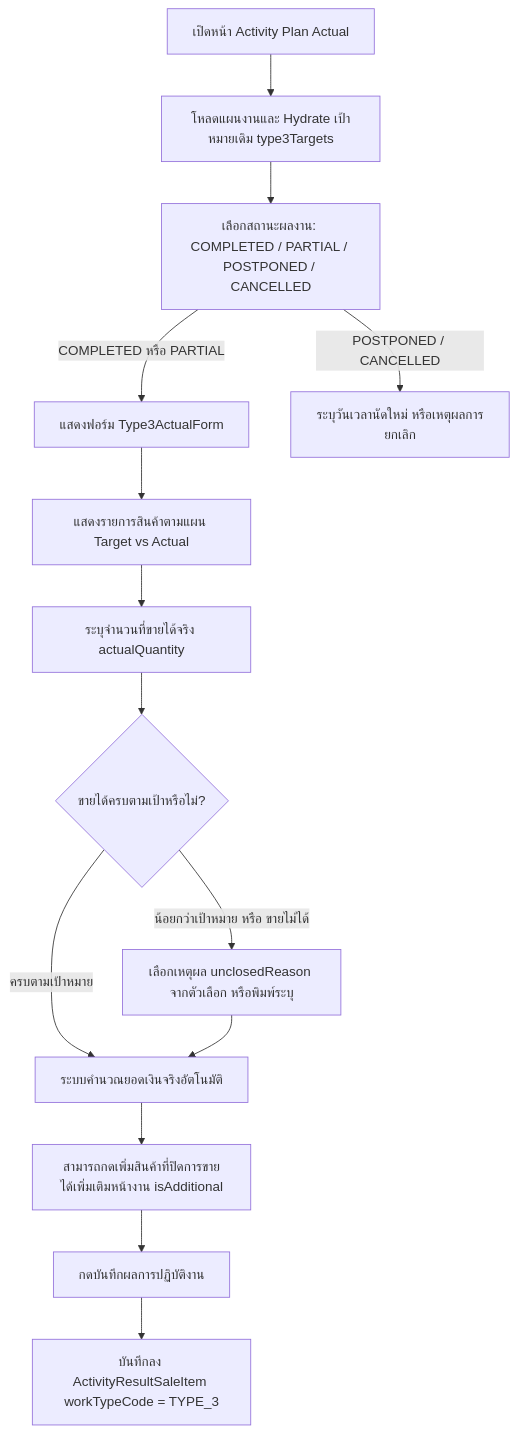
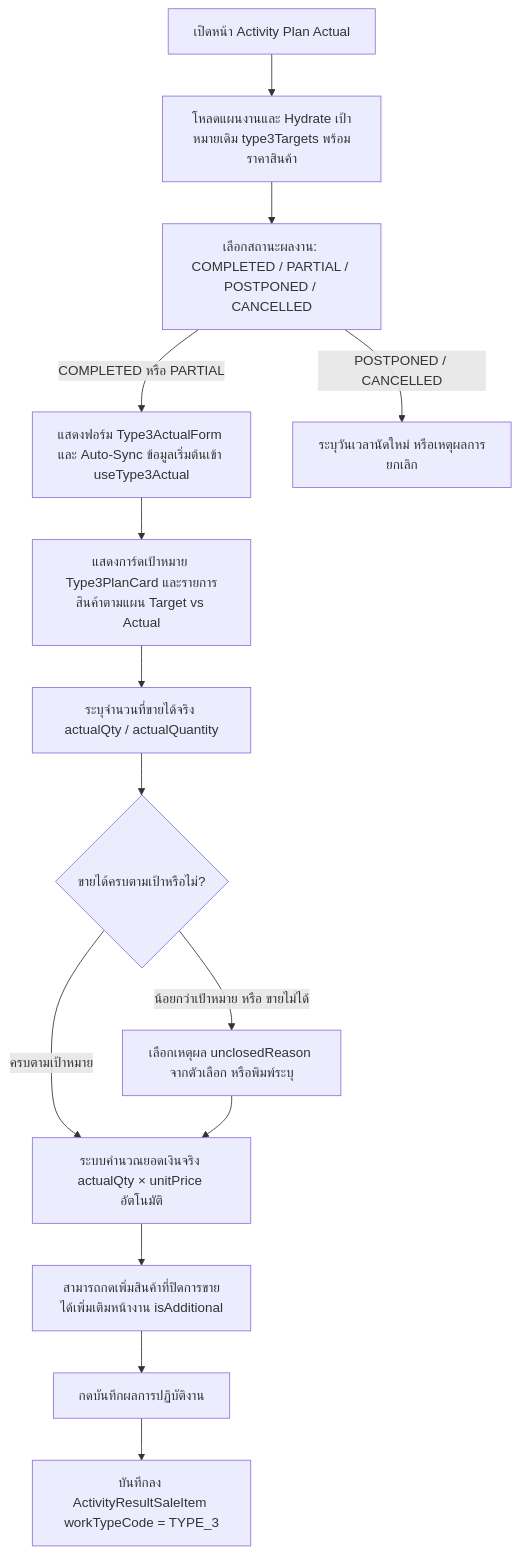
Before and after one commit to bankhk10/crm-bank: the second of 3 diagrams in modules/activity/features/type-3/README.md, drawn with Mermaid. The commit also changed other lines of this file and 5 other files, not shown here.

````diff
--- a/modules/activity/features/type-3/README.md
+++ b/modules/activity/features/type-3/README.md
@@ -63,16 +63,16 @@
 ```mermaid
 graph TD
-    A[เปิดหน้า Activity Plan Actual] --> B[โหลดแผนงานและ Hydrate เป้าหมายเดิม type3Targets]
-    B --> C[เลือกสถานะผลงาน: COMPLETED / PARTIAL / POSTPONED / CANCELLED]
-    C -->|COMPLETED หรือ PARTIAL| D[แสดงฟอร์ม Type3ActualForm]
-    D --> E[แสดงรายการสินค้าตามแผน Target vs Actual]
-    E --> F[ระบุจำนวนที่ขายได้จริง actualQuantity]
-    F --> G{ขายได้ครบตามเป้าหรือไม่?}
-    G -->|น้อยกว่าเป้าหมาย หรือ ขายไม่ได้| H[เลือกเหตุผล unclosedReason จากตัวเลือก หรือพิมพ์ระบุ]
-    G -->|ครบตามเป้าหมาย| I[ระบบคำนวณยอดเงินจริงอัตโนมัติ]
+    A["เปิดหน้า Activity Plan Actual"] --> B["โหลดแผนงานและ Hydrate เป้าหมายเดิม type3Targets พร้อมราคาสินค้า"]
+    B --> C["เลือกสถานะผลงาน: COMPLETED / PARTIAL / POSTPONED / CANCELLED"]
+    C -->|"COMPLETED หรือ PARTIAL"| D["แสดงฟอร์ม Type3ActualForm และ Auto-Sync ข้อมูลเริ่มต้นเข้า useType3Actual"]
+    D --> E["แสดงการ์ดเป้าหมาย Type3PlanCard และรายการสินค้าตามแผน Target vs Actual"]
+    E --> F["ระบุจำนวนที่ขายได้จริง actualQty / actualQuantity"]
+    F --> G{"ขายได้ครบตามเป้าหรือไม่?"}
+    G -->|"น้อยกว่าเป้าหมาย หรือ ขายไม่ได้"| H["เลือกเหตุผล unclosedReason จากตัวเลือก หรือพิมพ์ระบุ"]
+    G -->|"ครบตามเป้าหมาย"| I["ระบบคำนวณยอดเงินจริง actualQty × unitPrice อัตโนมัติ"]
     H --> I
-    I --> J[สามารถกดเพิ่มสินค้าที่ปิดการขายได้เพิ่มเติมหน้างาน isAdditional]
-    J --> K[กดบันทึกผลการปฏิบัติงาน]
-    K --> L[บันทึกลง ActivityResultSaleItem workTypeCode = TYPE_3]
-    C -->|POSTPONED / CANCELLED| M[ระบุวันเวลานัดใหม่ หรือเหตุผลการยกเลิก]
+    I --> J["สามารถกดเพิ่มสินค้าที่ปิดการขายได้เพิ่มเติมหน้างาน isAdditional"]
+    J --> K["กดบันทึกผลการปฏิบัติงาน"]
+    K --> L["บันทึกลง ActivityResultSaleItem workTypeCode = TYPE_3"]
+    C -->|"POSTPONED / CANCELLED"| M["ระบุวันเวลานัดใหม่ หรือเหตุผลการยกเลิก"]
 ```
````
